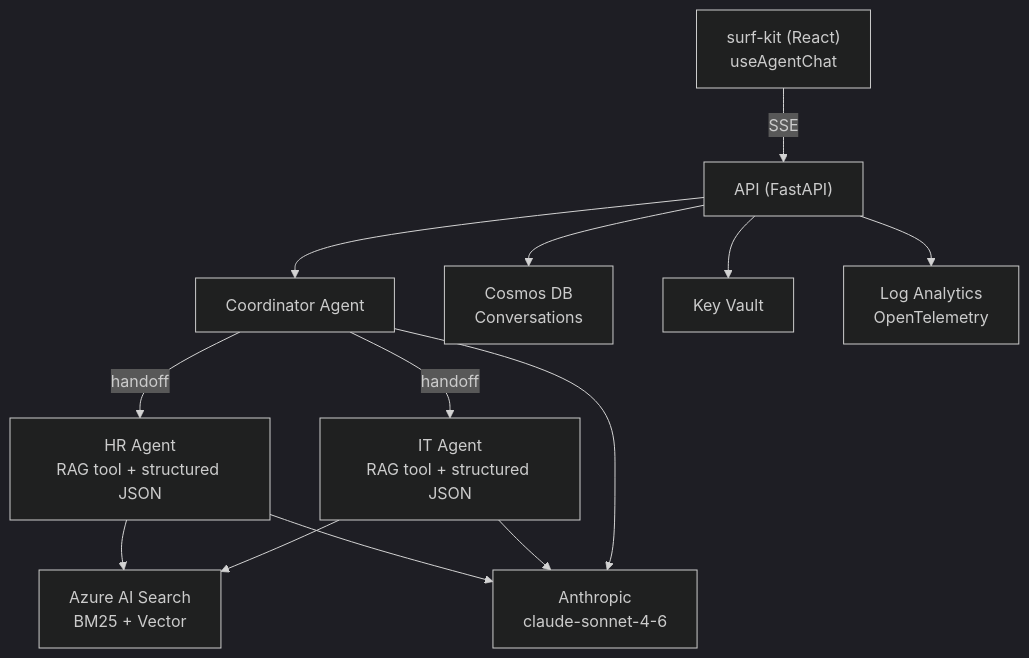
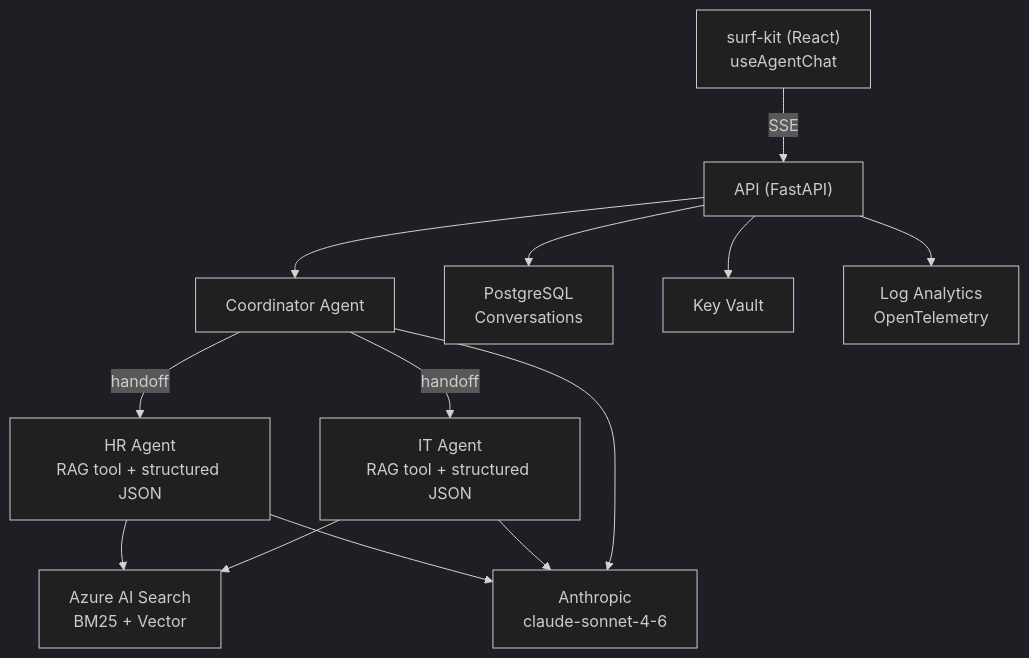
The first of 2 diagrams in README.md (barney-w/surf), drawn with Mermaid (dark theme) before and after one commit. The commit also changed other lines of this file and 50 other files, not shown here.

````diff
--- a/README.md
+++ b/README.md
@@ -86,26 +88,26 @@
 ```mermaid
 graph TD
   client["surf-kit (React)<br/>useAgentChat"]
   api["API (FastAPI)"]
   coordinator["Coordinator Agent"]
   hr_agent["HR Agent<br/>RAG tool + structured JSON"]
   it_agent["IT Agent<br/>RAG tool + structured JSON"]
   aisearch["Azure AI Search<br/>BM25 + Vector"]
   anthropic["Anthropic<br/>claude-sonnet-4-6"]
-  cosmos["Cosmos DB<br/>Conversations"]
+  postgres["PostgreSQL<br/>Conversations"]
   keyvault["Key Vault"]
   logs["Log Analytics<br/>OpenTelemetry"]
 
   client -->|SSE| api
   api --> coordinator
   coordinator -->|handoff| hr_agent
   coordinator -->|handoff| it_agent
   hr_agent --> aisearch
   it_agent --> aisearch
   hr_agent --> anthropic
   it_agent --> anthropic
   coordinator --> anthropic
-  api --> cosmos
+  api --> postgres
   api --> keyvault
   api --> logs
 ```
````
